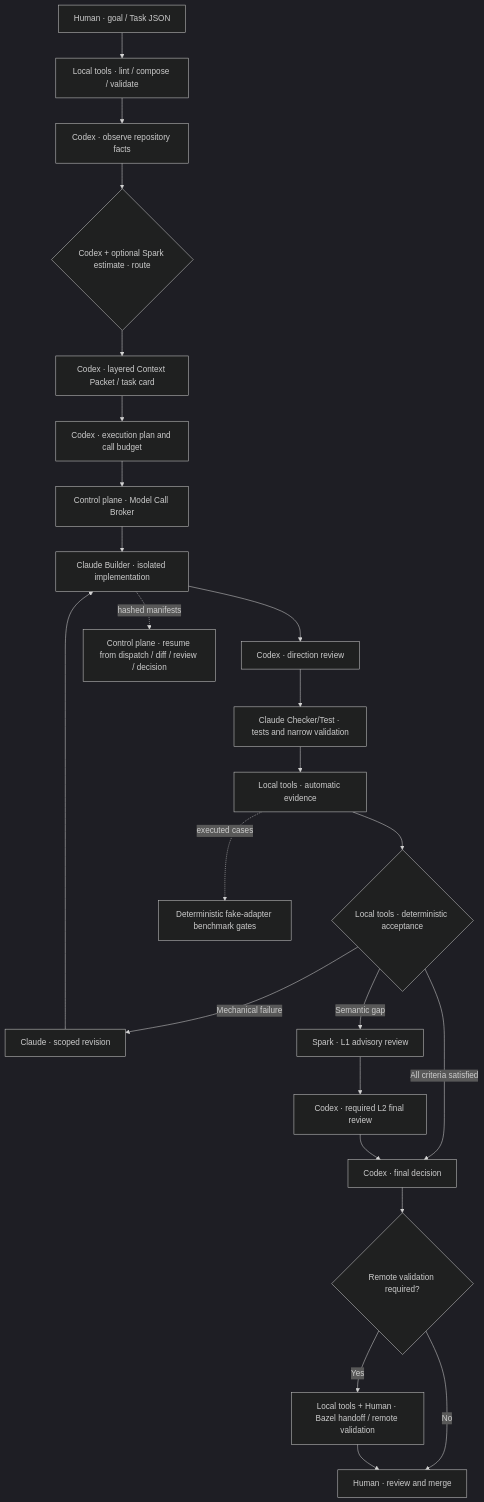
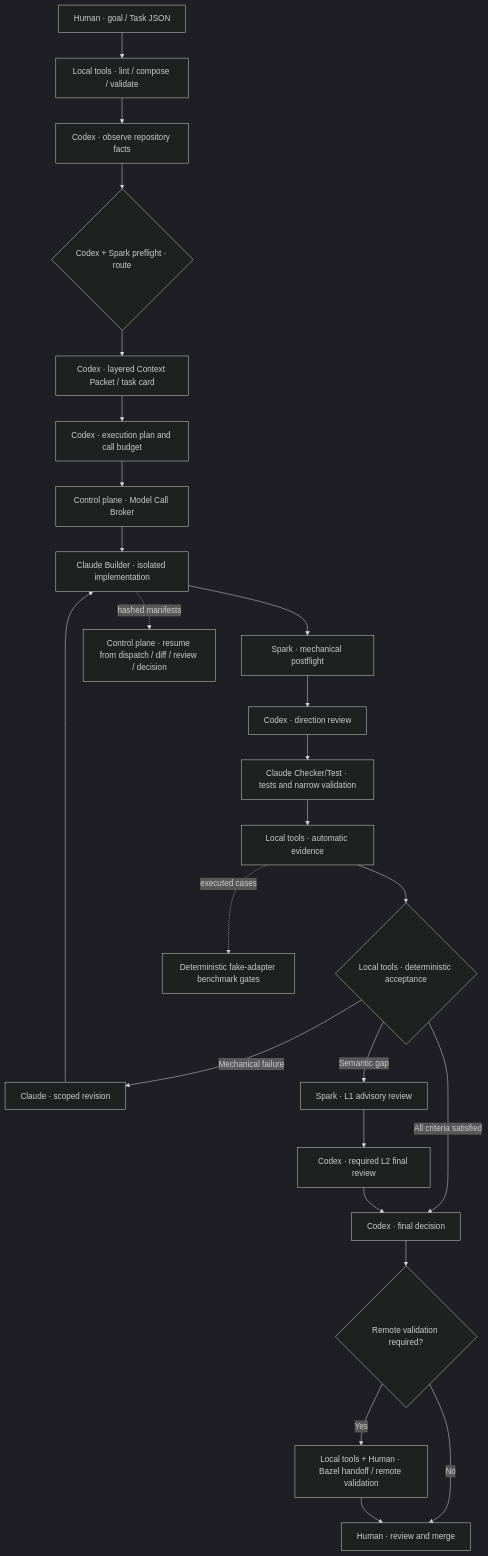
One commit to luozj1020/ai-coding-workflow changed the diagram in README.md. Above: the diagram before and after it, drawn with Mermaid (dark theme). The commit also changed other lines of this file and 10 other files, not shown here.

````diff
--- a/README.md
+++ b/README.md
@@ -53,26 +53,27 @@
 ```mermaid
 flowchart TD
     U[Human · goal / Task JSON] --> L[Local tools · lint / compose / validate]
     L --> F[Codex · observe repository facts]
-    F --> R{Codex + optional Spark estimate · route}
+    F --> R{Codex + Spark preflight · route}
     R --> C[Codex · layered Context Packet / task card]
     C --> P[Codex · execution plan and call budget]
     P --> B[Control plane · Model Call Broker]
     B --> D[Claude Builder · isolated implementation]
-    D --> CR[Codex · direction review]
+    D --> SP[Spark · mechanical postflight]
+    SP --> CR[Codex · direction review]
     CR --> CT[Claude Checker/Test · tests and narrow validation]
     CT --> E[Local tools · automatic evidence]
     E --> A{Local tools · deterministic acceptance}
     A -- Mechanical failure --> LR[Claude · scoped revision]
     A -- Semantic gap --> S[Spark · L1 advisory review]
     S --> X[Codex · required L2 final review]
     A -- All criteria satisfied --> FD[Codex · final decision]
     X --> FD
     LR --> D
     FD --> H{Remote validation required?}
     H -- Yes --> RH[Local tools + Human · Bazel handoff / remote validation]
     H -- No --> M[Human · review and merge]
     RH --> M
     D -. hashed manifests .-> RS[Control plane · resume from dispatch / diff / review / decision]
     E -. executed cases .-> BM[Deterministic fake-adapter benchmark gates]
 ```
````
